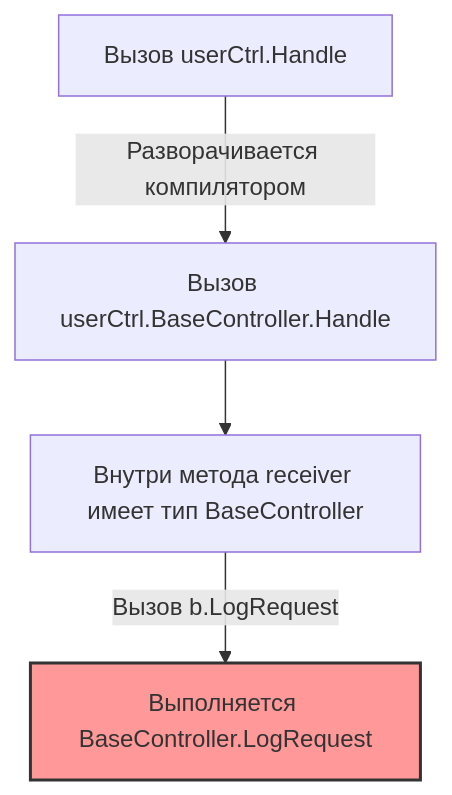
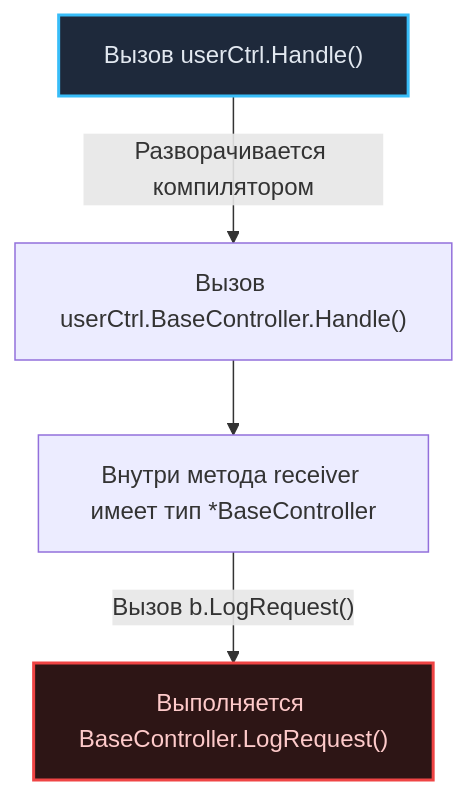
Before and after one commit to UnrealTemplier/go-textbook: the diagram in sources/4. История и философия Go/29. Частые антипаттерны разработчиков, пришедших из ООП.md, drawn with Mermaid. The commit also changed other lines of this file, not shown here.

````diff
--- a/sources/4. История и философия Go/29. Частые антипаттерны разработчиков, пришедших из ООП.md
+++ b/sources/4. История и философия Go/29. Частые антипаттерны разработчиков, пришедших из ООП.md
@@ -68,7 +84,8 @@
 ```mermaid
 graph TD
-    A["Вызов userCtrl.Handle"] -->|"Разворачивается компилятором"| B["Вызов userCtrl.BaseController.Handle"]
-    B --> C["Внутри метода receiver имеет тип BaseController"]
-    C -->|"Вызов b.LogRequest"| D["Выполняется BaseController.LogRequest"]
-    style D fill:#f99,stroke:#333,stroke-width:2px
+    A["Вызов userCtrl.Handle()"] -->|"Разворачивается компилятором"| B["Вызов userCtrl.BaseController.Handle()"]
+    B --> C["Внутри метода receiver имеет тип *BaseController"]
+    C -->|"Вызов b.LogRequest()"| D["Выполняется BaseController.LogRequest()"]
+    style D fill:#2d1515,stroke:#ef4444,stroke-width:2px,color:#fecaca
+    style A fill:#1e293b,stroke:#38bdf8,stroke-width:2px,color:#e2e8f0
 ```
````
